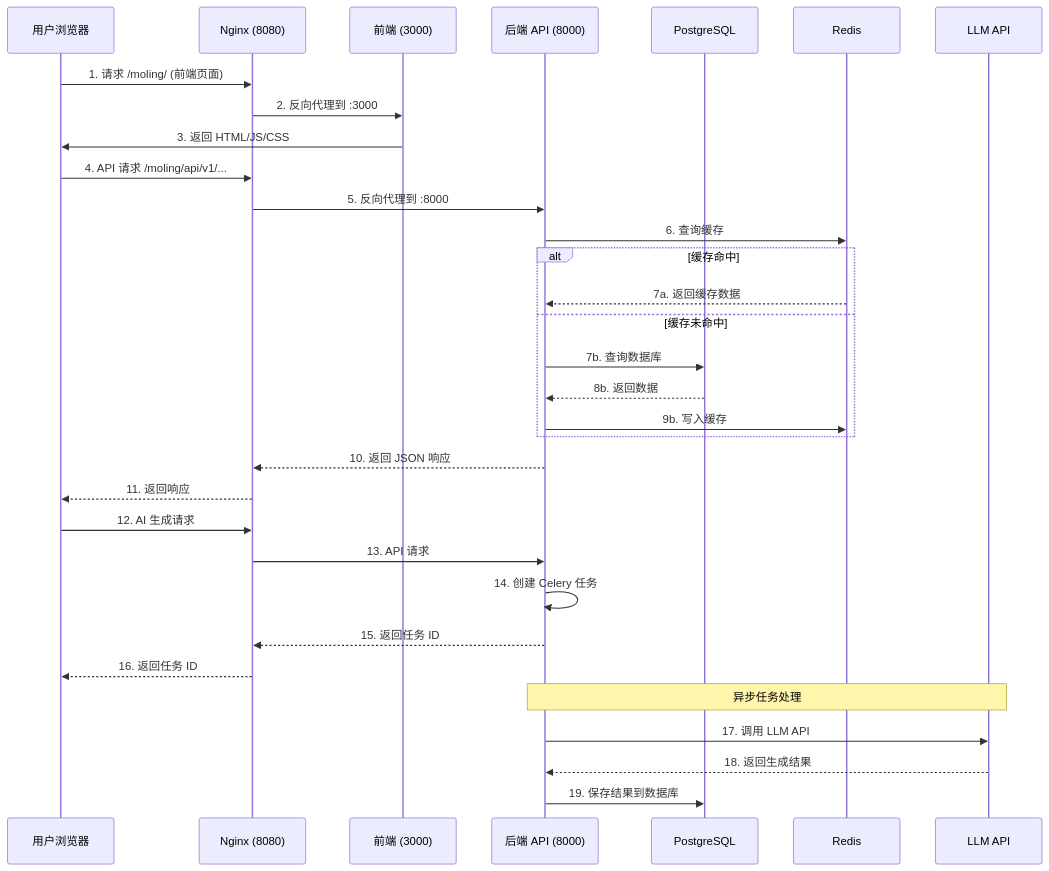
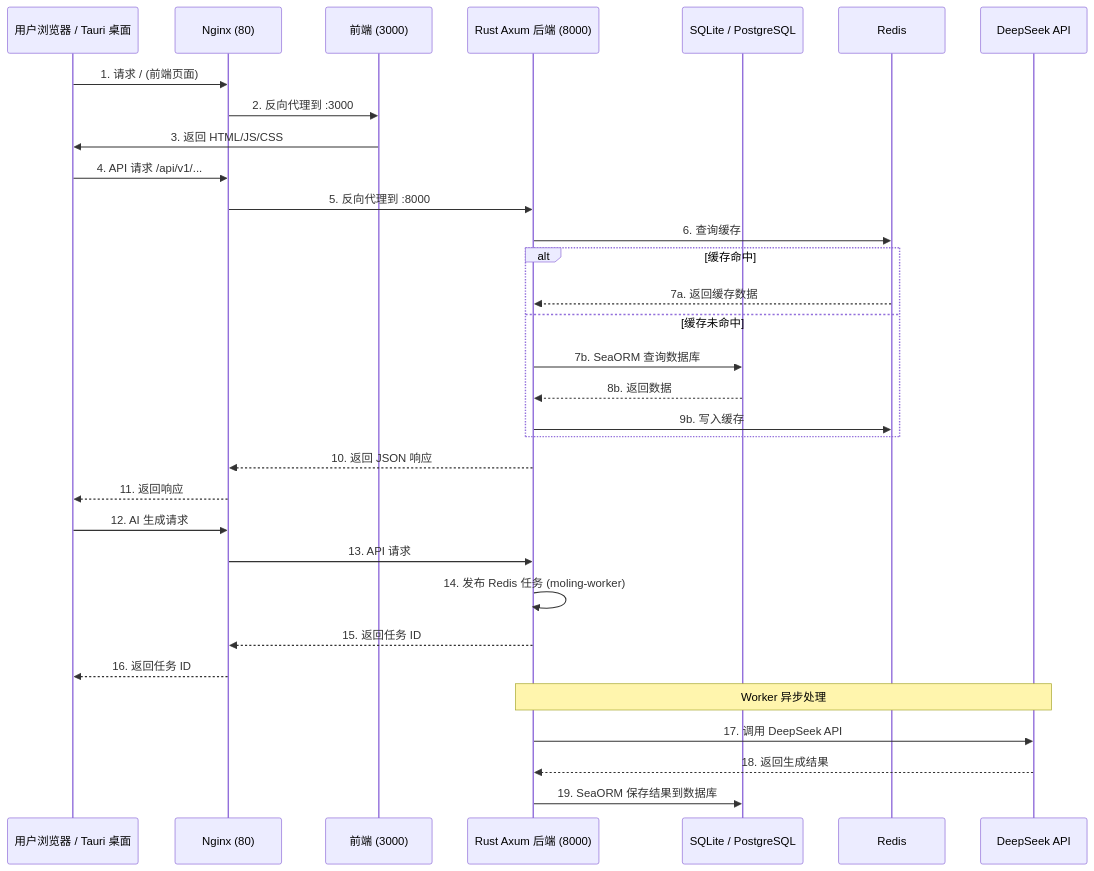
Before and after one commit to 2eho/moling: the fourth of 7 diagrams in docs/ARCHITECTURE.md, drawn with Mermaid. The commit also changed other lines of this file and 185 other files, not shown here.

````diff
--- a/docs/ARCHITECTURE.md
+++ b/docs/ARCHITECTURE.md
@@ -126,38 +192,38 @@
 ```mermaid
 sequenceDiagram
-    participant U as 用户浏览器
-    participant N as Nginx (8080)
+    participant U as 用户浏览器 / Tauri 桌面
+    participant N as Nginx (80)
     participant W as 前端 (3000)
-    participant A as 后端 API (8000)
-    participant D as PostgreSQL
+    participant A as Rust Axum 后端 (8000)
+    participant D as SQLite / PostgreSQL
     participant R as Redis
-    participant L as LLM API
+    participant L as DeepSeek API
 
-    U->>N: 1. 请求 /moling/ (前端页面)
+    U->>N: 1. 请求 / (前端页面)
     N->>W: 2. 反向代理到 :3000
     W->>U: 3. 返回 HTML/JS/CSS
 
-    U->>N: 4. API 请求 /moling/api/v1/...
+    U->>N: 4. API 请求 /api/v1/...
     N->>A: 5. 反向代理到 :8000
     A->>R: 6. 查询缓存
     alt 缓存命中
         R-->>A: 7a. 返回缓存数据
     else 缓存未命中
-        A->>D: 7b. 查询数据库
+        A->>D: 7b. SeaORM 查询数据库
         D-->>A: 8b. 返回数据
         A->>R: 9b. 写入缓存
     end
     A-->>N: 10. 返回 JSON 响应
     N-->>U: 11. 返回响应
 
     U->>N: 12. AI 生成请求
     N->>A: 13. API 请求
-    A->>A: 14. 创建 Celery 任务
+    A->>A: 14. 发布 Redis 任务 (moling-worker)
     A-->>N: 15. 返回任务 ID
     N-->>U: 16. 返回任务 ID
 
-    Note over A,L: 异步任务处理
-    A->>L: 17. 调用 LLM API
+    Note over A,L: Worker 异步处理
+    A->>L: 17. 调用 DeepSeek API
     L-->>A: 18. 返回生成结果
-    A->>D: 19. 保存结果到数据库
+    A->>D: 19. SeaORM 保存结果到数据库
 ```
````
